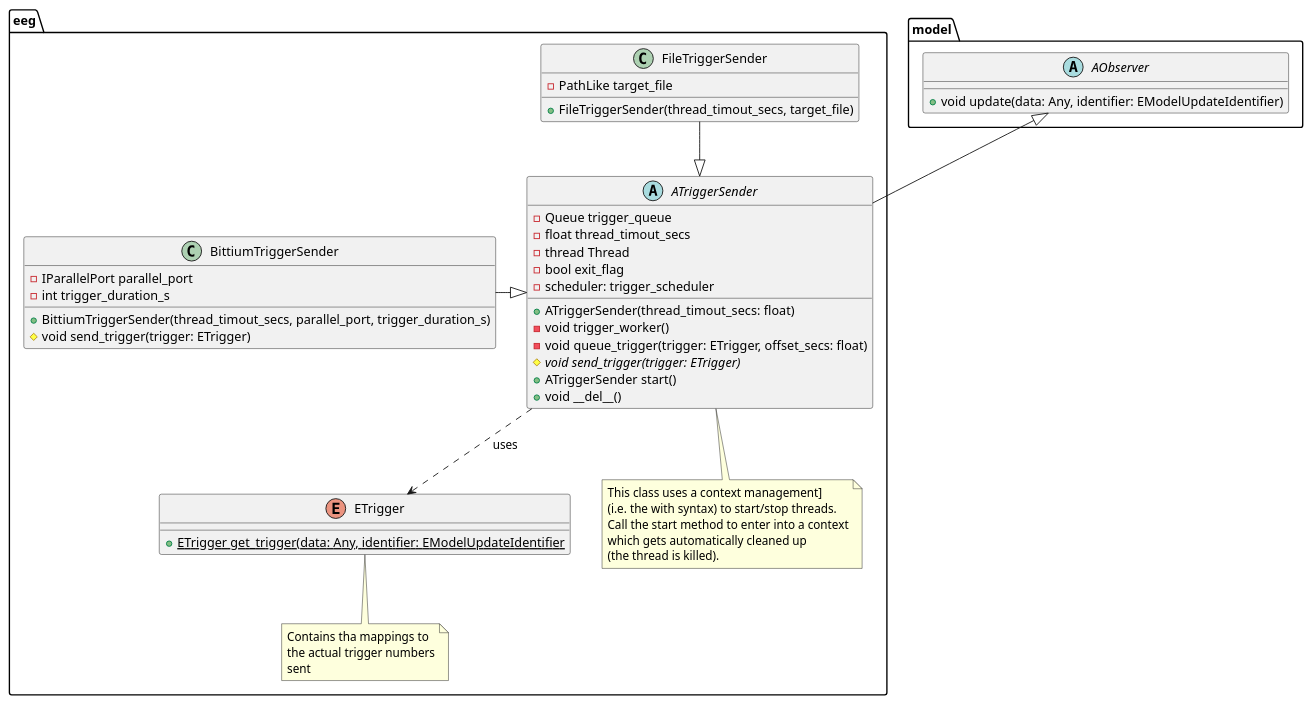
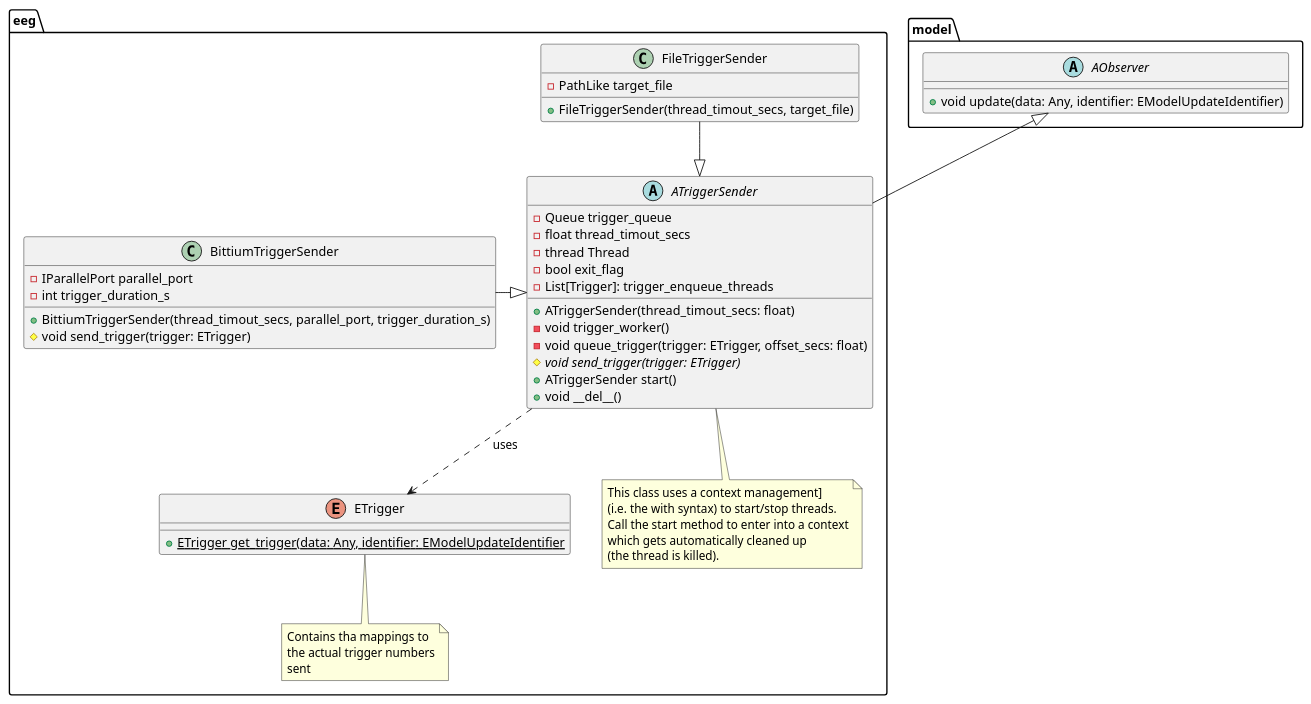
One commit to michalrzak/auditory-intention-decoding changed the diagram in diagrams/plantuml/class/eeg_class.puml. Above: the diagram before and after it, drawn with PlantUML. The commit also changed 4 other files, not shown here.

```diff
--- a/diagrams/plantuml/class/eeg_class.puml
+++ b/diagrams/plantuml/class/eeg_class.puml
@@ -1,57 +1,57 @@
 @startuml
 
 package model {
     abstract class AObserver {
         +void update(data: Any, identifier: EModelUpdateIdentifier)
     }
 }
 
 
 
 package eeg {
    enum ETrigger{
      +ETrigger {static} get_trigger(data: Any, identifier: EModelUpdateIdentifier
    }
    note bottom of ETrigger: Contains tha mappings to\nthe actual trigger numbers\nsent
 
     abstract class ATriggerSender {
         -Queue trigger_queue
         -float thread_timout_secs
         -thread Thread
         -bool exit_flag
-        -scheduler: trigger_scheduler
+        -List[Trigger]: trigger_enqueue_threads
 
         +ATriggerSender(thread_timout_secs: float)
         -void trigger_worker()
         -void queue_trigger(trigger: ETrigger, offset_secs: float)
         #void {abstract} send_trigger(trigger: ETrigger)
         +ATriggerSender start()
         +void __del__()
     }
     note bottom
         This class uses a context management]
         (i.e. the with syntax) to start/stop threads.
         Call the start method to enter into a context
         which gets automatically cleaned up
         (the thread is killed).
     end note
 
    class BittiumTriggerSender {
      -IParallelPort parallel_port
      -int trigger_duration_s
      +BittiumTriggerSender(thread_timout_secs, parallel_port, trigger_duration_s)
      #void send_trigger(trigger: ETrigger)
    }
 
    class FileTriggerSender {
      -PathLike target_file
      +FileTriggerSender(thread_timout_secs, target_file)
    }
 }
 
 ATriggerSender -u-|> AObserver
 BittiumTriggerSender -r-|> ATriggerSender
 FileTriggerSender -d-|> ATriggerSender
 ATriggerSender ..> ETrigger: "uses"
 
 @enduml
```
